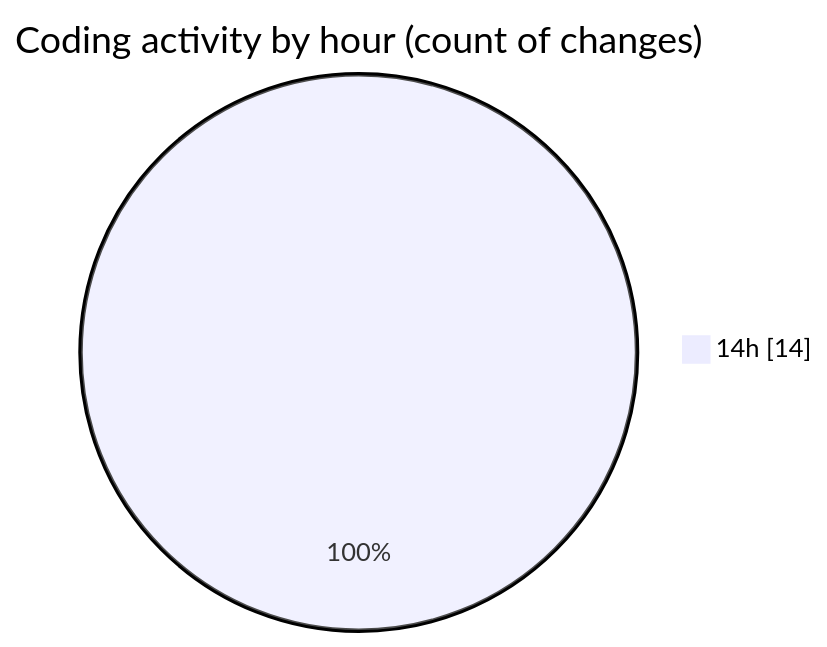
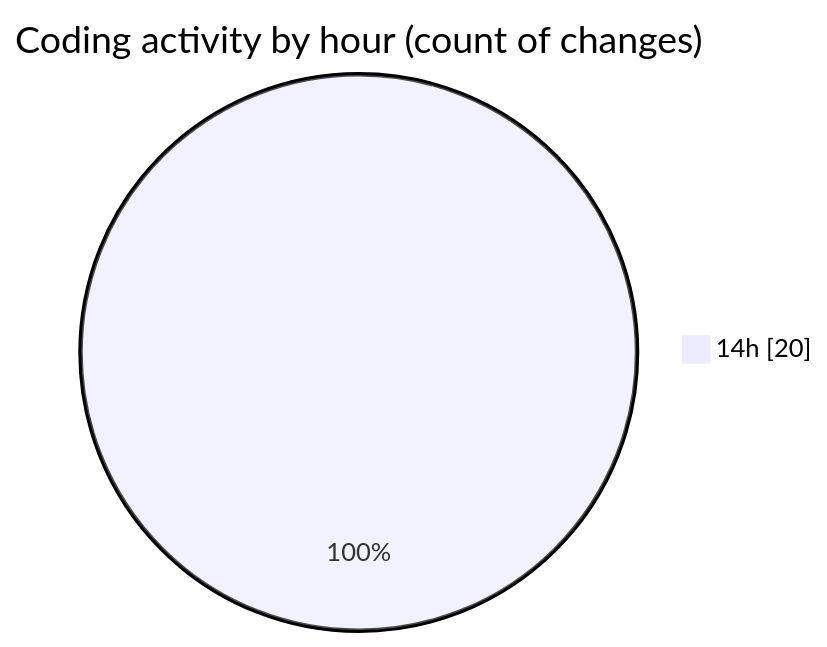
One commit to robertbonfada/code-tracking changed the second of 2 diagrams in 2025-02-27/audiobooks-web/README.md. Above: the diagram before and after it, drawn with Mermaid. The commit also changed other lines of this file and 1 other file, not shown here.

````diff
--- a/2025-02-27/audiobooks-web/README.md
+++ b/2025-02-27/audiobooks-web/README.md
@@ -30,5 +31,5 @@
 ```mermaid
 pie showData
 title Coding activity by hour (count of changes)
-"14h" : 14
+"14h" : 20
 ```
````
